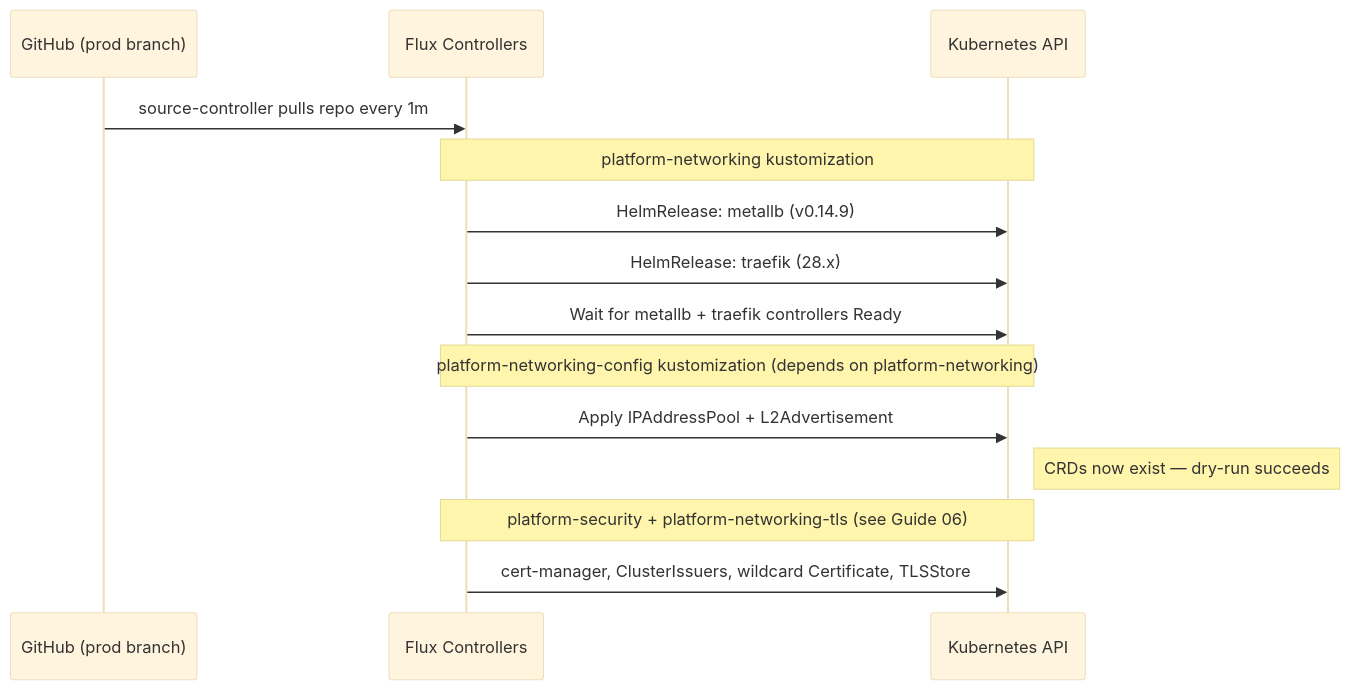
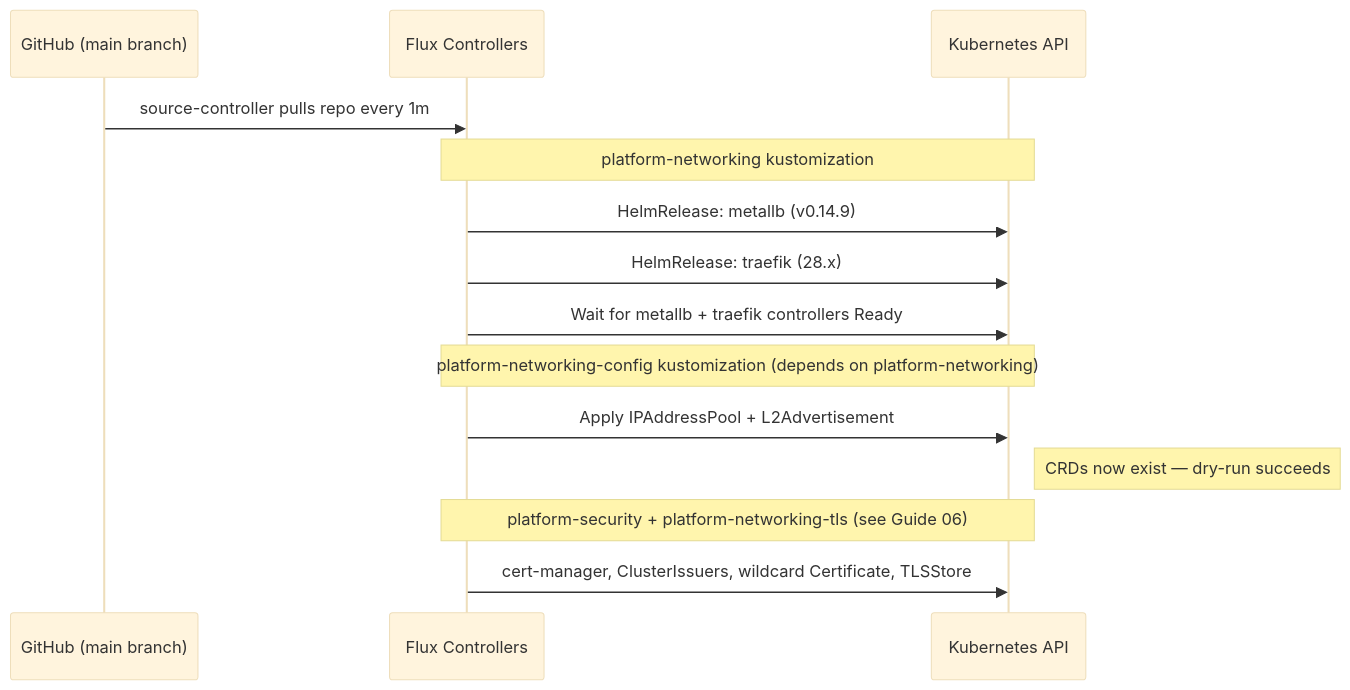
The second of 2 diagrams in docs/guides/05-Networking-MetalLB-Traefik.md (Kagiso-me/homelab-infrastructure), drawn with Mermaid (base theme) before and after one commit. The commit also changed other lines of this file and 47 other files, not shown here.

````diff
--- a/docs/guides/05-Networking-MetalLB-Traefik.md
+++ b/docs/guides/05-Networking-MetalLB-Traefik.md
@@ -162,20 +163,20 @@
 ```mermaid
 sequenceDiagram
-    participant Git as GitHub (prod branch)
+    participant Git as GitHub (main branch)
     participant Flux as Flux Controllers
     participant K8s as Kubernetes API
 
     Git->>Flux: source-controller pulls repo every 1m
 
     Note over Flux,K8s: platform-networking kustomization
     Flux->>K8s: HelmRelease: metallb (v0.14.9)
     Flux->>K8s: HelmRelease: traefik (28.x)
     Flux->>K8s: Wait for metallb + traefik controllers Ready
 
     Note over Flux,K8s: platform-networking-config kustomization (depends on platform-networking)
     Flux->>K8s: Apply IPAddressPool + L2Advertisement
     Note right of K8s: CRDs now exist — dry-run succeeds
 
     Note over Flux,K8s: platform-security + platform-networking-tls (see Guide 06)
     Flux->>K8s: cert-manager, ClusterIssuers, wildcard Certificate, TLSStore
 ```
````
